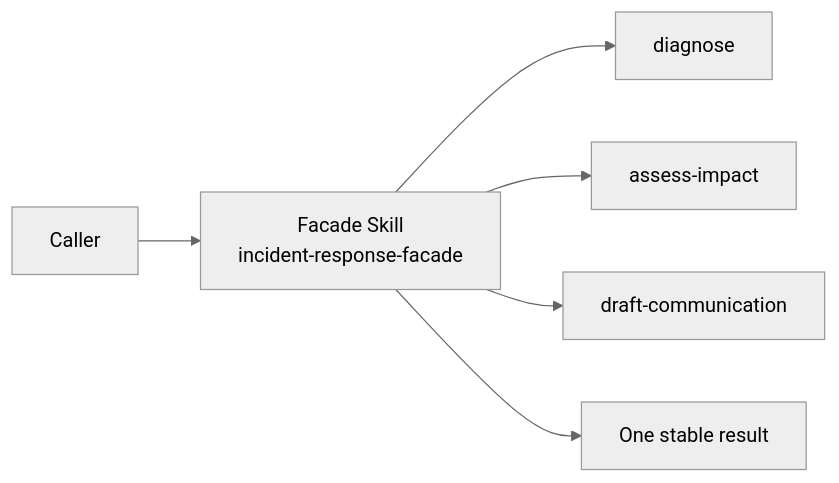
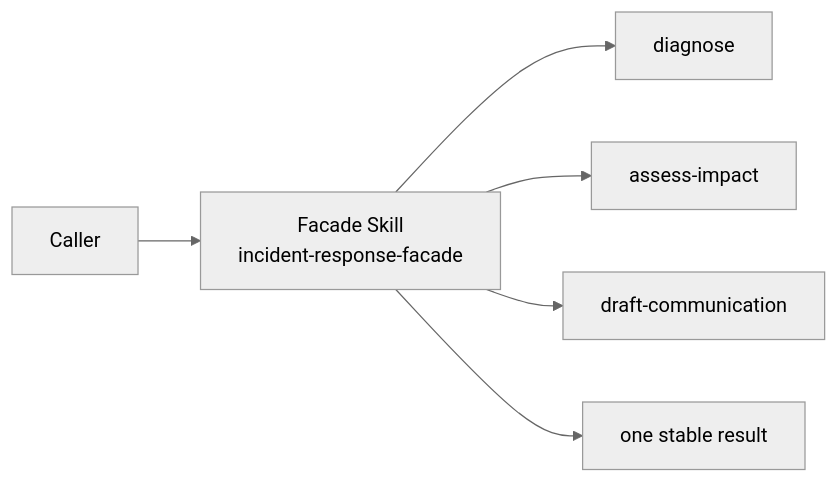
Before and after one commit to MetaInFLow/skillware-patterns: the diagram in patterns/facade/README.md, drawn with Mermaid (neutral theme). The commit also changed other lines of this file and 12 other files, not shown here.

````diff
--- a/patterns/facade/README.md
+++ b/patterns/facade/README.md
@@ -35,8 +24,8 @@
 ```mermaid
 flowchart LR
     C[Caller] --> F[Facade Skill\nincident-response-facade]
     F --> D[diagnose]
     F --> I[assess-impact]
     F --> M[draft-communication]
-    F --> O[One stable result]
+    F --> O[one stable result]
 ```
````
